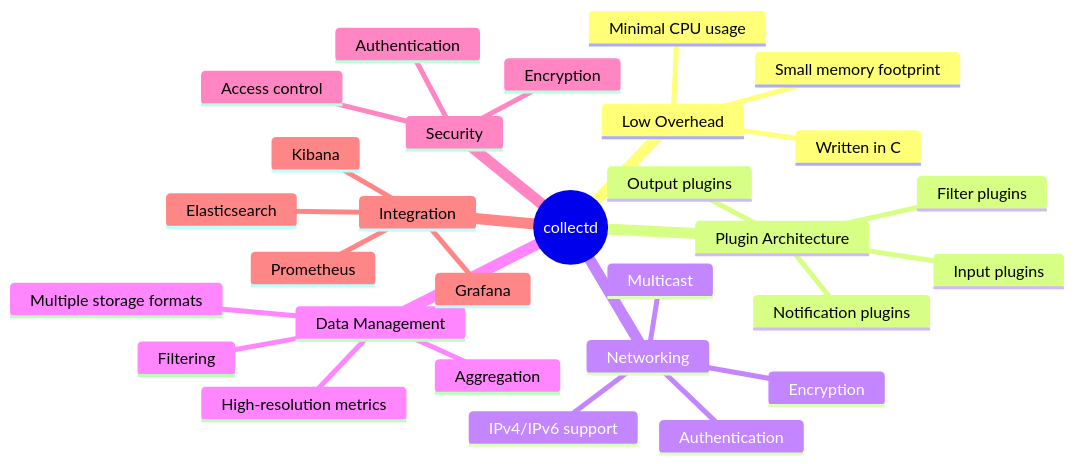
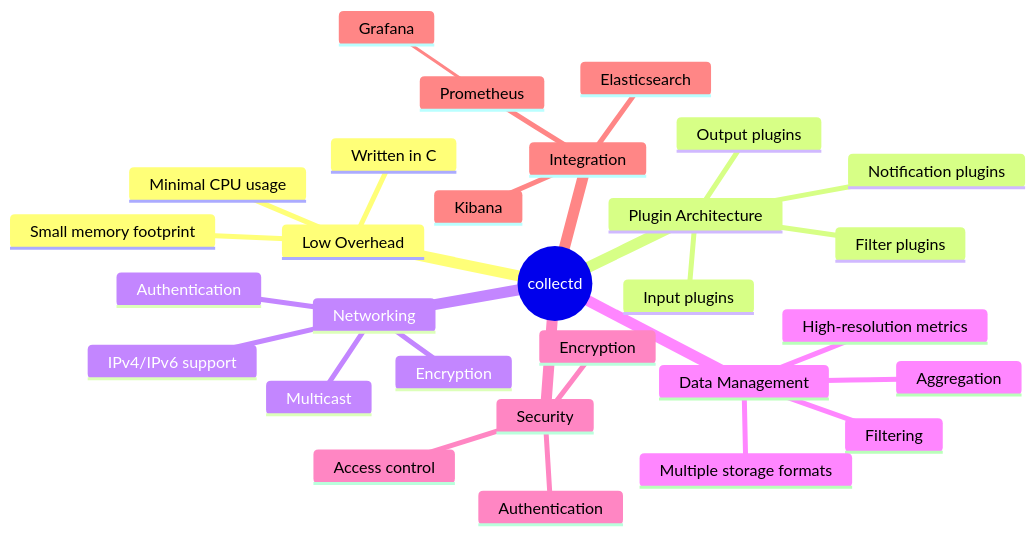
The first of 6 diagrams in README.md (collectd/collectd), drawn with Mermaid before and after one commit.

Commit message:
grafana moved

````diff
--- a/README.md
+++ b/README.md
@@ -25,32 +25,32 @@
 ```mermaid
 mindmap
   root((collectd))
     Low Overhead
       Written in C
       Minimal CPU usage
       Small memory footprint
     Plugin Architecture
       Input plugins
       Output plugins
       Filter plugins
       Notification plugins
     Networking
       IPv4/IPv6 support
       Multicast
       Authentication
       Encryption
     Data Management
       High-resolution metrics
       Filtering
       Aggregation
       Multiple storage formats
     Security
       Authentication
       Encryption
       Access control
     Integration
-      Grafana
       Prometheus
+        Grafana
       Elasticsearch
       Kibana
 ```
````
